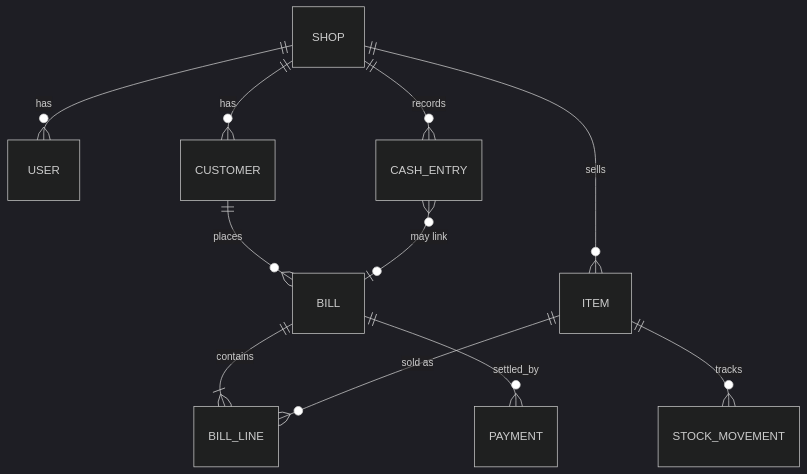
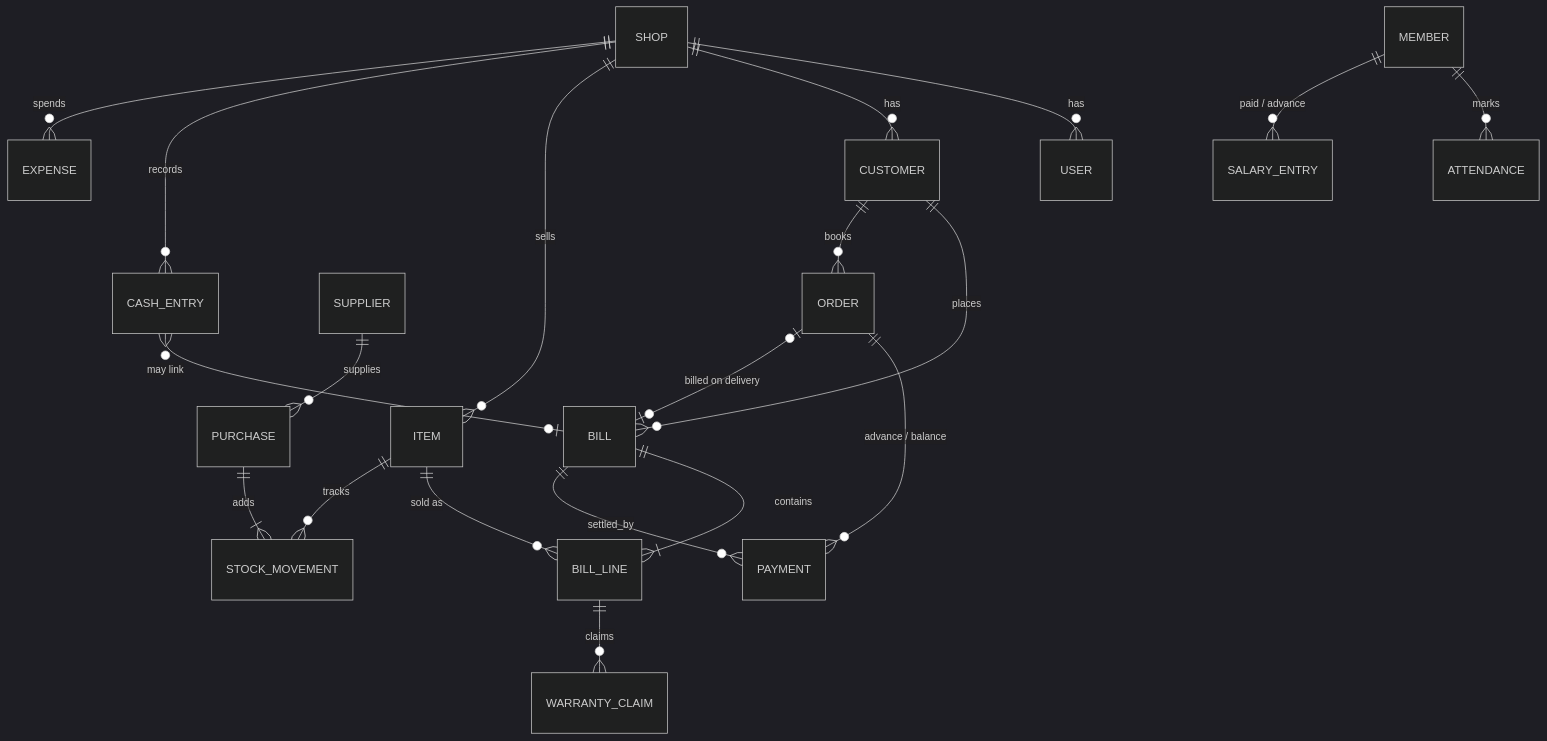
The fifth of 6 diagrams in docs/03-architecture-hld.md (manikantanandam/apoorva-skip), drawn with Mermaid (dark theme) before and after one commit. The commit also changed other lines of this file and 288 other files, not shown here.

````diff
--- a/docs/03-architecture-hld.md
+++ b/docs/03-architecture-hld.md
@@ -99,13 +99,22 @@
 ```mermaid
 erDiagram
   SHOP ||--o{ USER : has
   SHOP ||--o{ CUSTOMER : has
   SHOP ||--o{ ITEM : sells
   CUSTOMER ||--o{ BILL : places
   BILL ||--|{ BILL_LINE : contains
   ITEM ||--o{ BILL_LINE : "sold as"
   BILL ||--o{ PAYMENT : settled_by
   ITEM ||--o{ STOCK_MOVEMENT : tracks
   SHOP ||--o{ CASH_ENTRY : records
   CASH_ENTRY }o--o| BILL : "may link"
+  SUPPLIER ||--o{ PURCHASE : supplies
+  PURCHASE ||--|{ STOCK_MOVEMENT : adds
+  CUSTOMER ||--o{ ORDER : books
+  ORDER ||--o{ PAYMENT : "advance / balance"
+  ORDER |o--o| BILL : "billed on delivery"
+  SHOP ||--o{ EXPENSE : spends
+  MEMBER ||--o{ ATTENDANCE : marks
+  MEMBER ||--o{ SALARY_ENTRY : "paid / advance"
+  BILL_LINE ||--o{ WARRANTY_CLAIM : claims
 ```
````
